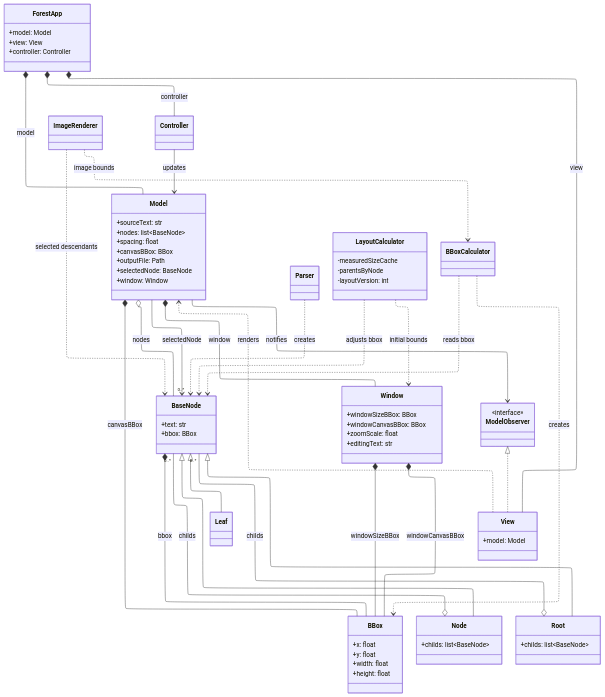
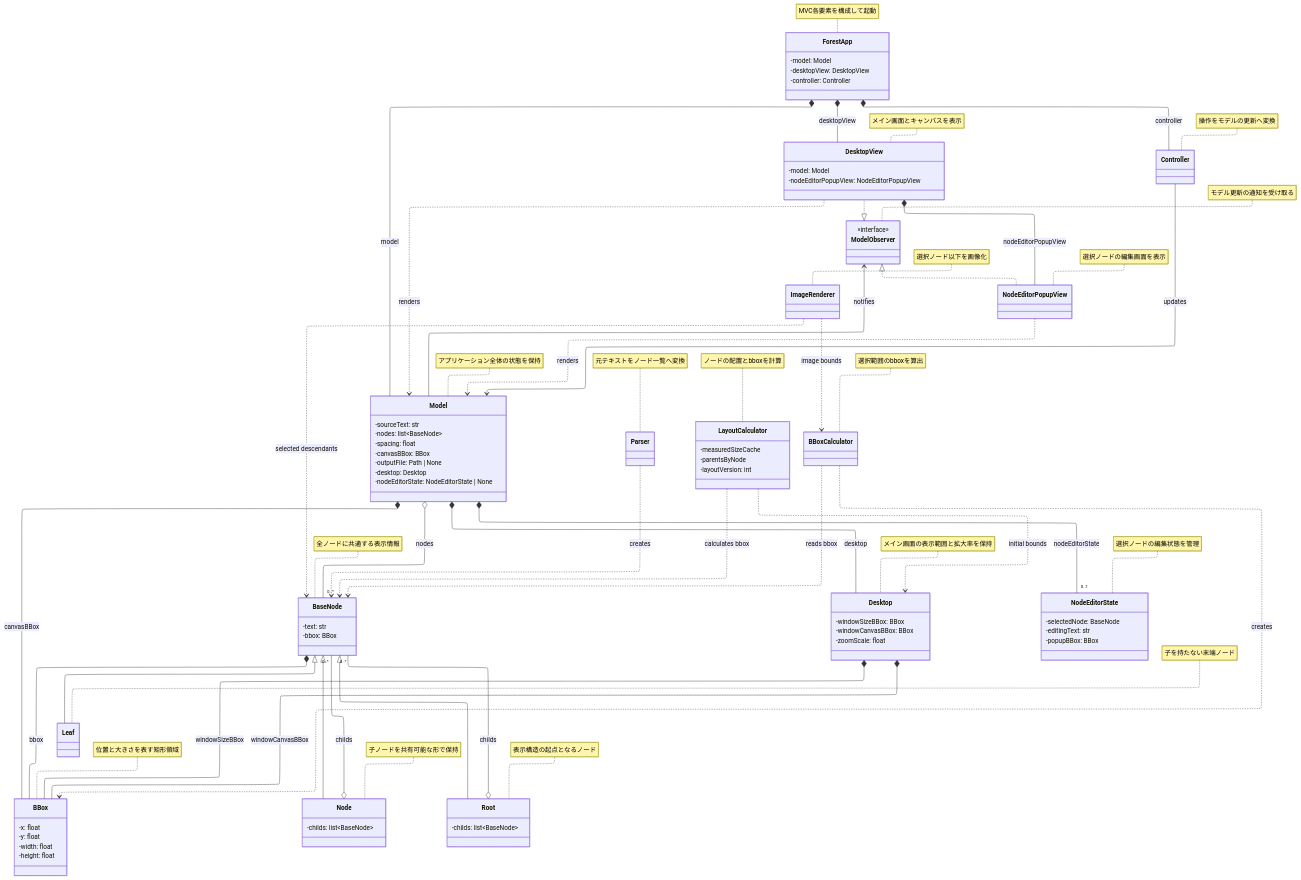
Before and after one commit to SotaTne/SEForest: the diagram in Forest_Document/BasicDesign/basic-design-2026-07-18.mmd, drawn with Mermaid. The commit also changed 2 other files, not shown here.

Commit message:
Refine UML design and shared diagram controls

```diff
--- a/Forest_Document/BasicDesign/basic-design-2026-07-18.mmd
+++ b/Forest_Document/BasicDesign/basic-design-2026-07-18.mmd
@@ -1,120 +1,148 @@
 ---
 config:
   layout: elk
   elk:
     mergeEdges: false
     nodePlacementStrategy: BRANDES_KOEPF
     considerModelOrder: PREFER_EDGES
   class:
     defaultRenderer: elk
     nodeSpacing: 50
     rankSpacing: 70
 ---
 classDiagram
 direction TB
 
 class BBox {
-  +x: float
-  +y: float
-  +width: float
-  +height: float
+  -x: float
+  -y: float
+  -width: float
+  -height: float
 }
+note for BBox "位置と大きさを表す矩形領域"
 
 class BaseNode {
-  +text: str
-  +bbox: BBox
+  -text: str
+  -bbox: BBox
 }
+note for BaseNode "全ノードに共通する表示情報"
 
 class Node {
-  +childs: list~BaseNode~
+  -childs: list~BaseNode~
 }
+note for Node "子ノードを共有可能な形で保持"
 
 class Root {
-  +childs: list~BaseNode~
+  -childs: list~BaseNode~
 }
+note for Root "表示構造の起点となるノード"
 
 class Leaf
+note for Leaf "子を持たない末端ノード"
 
 BaseNode <|-- Node
 BaseNode <|-- Root
 BaseNode "0..*" --o Node : childs
 BaseNode "0..*" --o Root : childs
 BaseNode <|-- Leaf
 BaseNode *-- BBox : bbox
 
-class Window {
-  +windowSizeBBox: BBox
-  +windowCanvasBBox: BBox
-  +zoomScale: float
-  +editingText: str
+class Desktop {
+  -windowSizeBBox: BBox
+  -windowCanvasBBox: BBox
+  -zoomScale: float
 }
+note for Desktop "メイン画面の表示範囲と拡大率を保持"
 
-Window *-- BBox : windowSizeBBox
-Window *-- BBox : windowCanvasBBox
+Desktop *-- BBox : windowSizeBBox
+Desktop *-- BBox : windowCanvasBBox
+
+class NodeEditorState {
+  -selectedNode: BaseNode
+  -editingText: str
+  -popupBBox: BBox
+}
+note for NodeEditorState "選択ノードの編集状態を管理"
 
 class Model {
-  +sourceText: str
-  +nodes: list~BaseNode~
-  +spacing: float
-  +canvasBBox: BBox
-  +outputFile: Path
-  +selectedNode: BaseNode
-  +window: Window
+  -sourceText: str
+  -nodes: list~BaseNode~
+  -spacing: float
+  -canvasBBox: BBox
+  -outputFile: Path | None
+  -desktop: Desktop
+  -nodeEditorState: NodeEditorState | None
 }
+note for Model "アプリケーション全体の状態を保持"
 
 Model o-- "0..*" BaseNode : nodes
-Model *-- Window : window
+Model *-- Desktop : desktop
+Model *-- "0..1" NodeEditorState : nodeEditorState
 Model *-- BBox : canvasBBox
-Model --> BaseNode : selectedNode
 
 class Parser
+note for Parser "元テキストをノード一覧へ変換"
 
 Parser ..> BaseNode : creates
 
 class LayoutCalculator {
   -measuredSizeCache
   -parentsByNode
   -layoutVersion: int
 }
+note for LayoutCalculator "ノードの配置とbboxを計算"
 
-LayoutCalculator ..> BaseNode : adjusts bbox
-LayoutCalculator ..> Window : initial bounds
+LayoutCalculator ..> BaseNode : calculates bbox
+LayoutCalculator ..> Desktop : initial bounds
 
 class BBoxCalculator
+note for BBoxCalculator "選択範囲のbboxを算出"
 
 BBoxCalculator ..> BaseNode : reads bbox
 BBoxCalculator ..> BBox : creates
 
 class ImageRenderer
+note for ImageRenderer "選択ノード以下を画像化"
 
 ImageRenderer ..> BaseNode : selected descendants
 ImageRenderer ..> BBoxCalculator : image bounds
 
 class ModelObserver {
   <<interface>>
 }
+note for ModelObserver "モデル更新の通知を受け取る"
 
-class View {
-  +model: Model
+class DesktopView {
+  -model: Model
+  -nodeEditorPopupView: NodeEditorPopupView
 }
+note for DesktopView "メイン画面とキャンバスを表示"
+
+class NodeEditorPopupView
+note for NodeEditorPopupView "選択ノードの編集画面を表示"
 
 class Controller
+note for Controller "操作をモデルの更新へ変換"
 
 class ForestApp {
-  +model: Model
-  +view: View
-  +controller: Controller
+  -model: Model
+  -desktopView: DesktopView
+  -controller: Controller
 }
+note for ForestApp "MVC各要素を構成して起動"
 
-ModelObserver <|.. View
+ModelObserver <|.. DesktopView
+ModelObserver <|.. NodeEditorPopupView
 Model --> ModelObserver : notifies
-View ..> Model : renders
+DesktopView ..> Model : renders
+NodeEditorPopupView ..> Model : renders
+DesktopView *-- NodeEditorPopupView : nodeEditorPopupView
 Controller --> Model : updates
 ForestApp *-- Model : model
-ForestApp *-- View : view
+ForestApp *-- DesktopView : desktopView
 ForestApp *-- Controller : controller
 
 classDef mvc fill:#eaf2ff,stroke:#54749f,color:#20334d,stroke-width:1.5px
 classDef core fill:#fff8e8,stroke:#8a7446,color:#3f3522,stroke-width:1.5px
-cssClass "ForestApp,Model,View,Controller,ModelObserver,Window" mvc
+cssClass "ForestApp,Model,NodeEditorState,Desktop,DesktopView,NodeEditorPopupView,Controller,ModelObserver" mvc
 cssClass "BBox,BaseNode,Leaf,Node,Root,Parser,LayoutCalculator,BBoxCalculator,ImageRenderer" core
```
